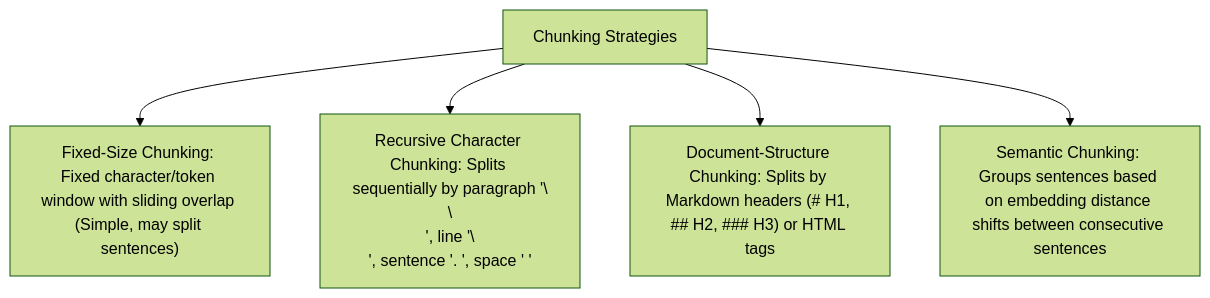
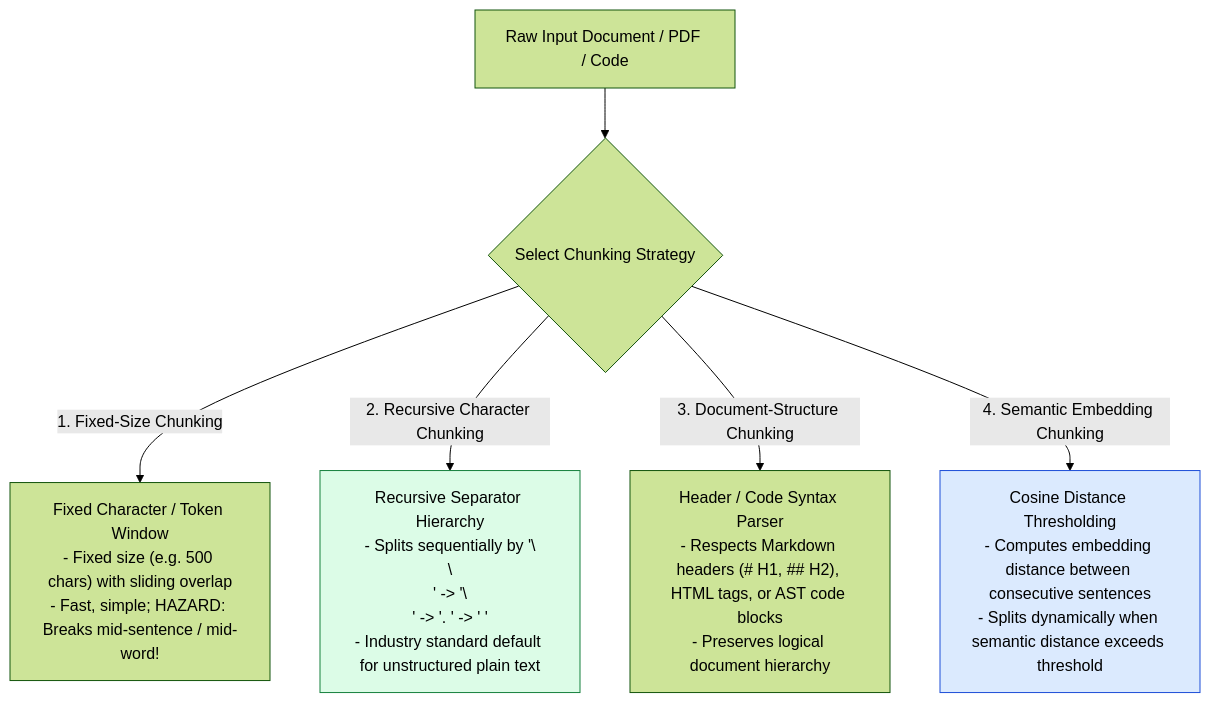
The first of 3 diagrams in agentic-ai-notes/00-foundations/08-chunking-strategies.md (Amie-dev/engineering-playbook), drawn with Mermaid (forest theme) before and after one commit. The commit also changed other lines of this file and 17 other files, not shown here.

Commit message:
Refactor observability and tracing documentation to enhance clarity and detail; expand Model Context Protocol (MCP) architecture with JSON-RPC primitives; update decision framework to emphasize architectural complexity and decision-making processes.

````diff
--- a/agentic-ai-notes/00-foundations/08-chunking-strategies.md
+++ b/agentic-ai-notes/00-foundations/08-chunking-strategies.md
@@ -10,7 +13,15 @@
 ```mermaid
-graph TD
-    Chunking[Chunking Strategies] --> Fixed["Fixed-Size Chunking: Fixed character/token window with sliding overlap (Simple, may split sentences)"]
-    Chunking --> Recursive["Recursive Character Chunking: Splits sequentially by paragraph '\\n\\n', line '\\n', sentence '. ', space ' '"]
-    Chunking --> Structure["Document-Structure Chunking: Splits by Markdown headers (# H1, ## H2, ### H3) or HTML tags"]
-    Chunking --> Semantic["Semantic Chunking: Groups sentences based on embedding distance shifts between consecutive sentences"]
+flowchart TD
+    RawDoc[Raw Input Document / PDF / Code] --> SplitterType{Select Chunking Strategy}
+
+    SplitterType -- "1. Fixed-Size Chunking" --> Fixed["Fixed Character / Token Window<br/>- Fixed size (e.g. 500 chars) with sliding overlap<br/>- Fast, simple; HAZARD: Breaks mid-sentence / mid-word!"]
+
+    SplitterType -- "2. Recursive Character Chunking" --> Recursive["Recursive Separator Hierarchy<br/>- Splits sequentially by '\\n\\n' -> '\\n' -> '. ' -> ' '<br/>- Industry standard default for unstructured plain text"]
+
+    SplitterType -- "3. Document-Structure Chunking" --> Struct["Header / Code Syntax Parser<br/>- Respects Markdown headers (# H1, ## H2), HTML tags, or AST code blocks<br/>- Preserves logical document hierarchy"]
+
+    SplitterType -- "4. Semantic Embedding Chunking" --> Semantic["Cosine Distance Thresholding<br/>- Computes embedding distance between consecutive sentences<br/>- Splits dynamically when semantic distance exceeds threshold"]
+
+    style Recursive fill:#dcfce7,stroke:#15803d
+    style Semantic fill:#dbeafe,stroke:#1d4ed8
 ```
````
